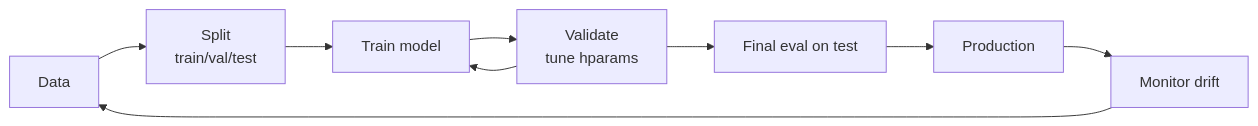
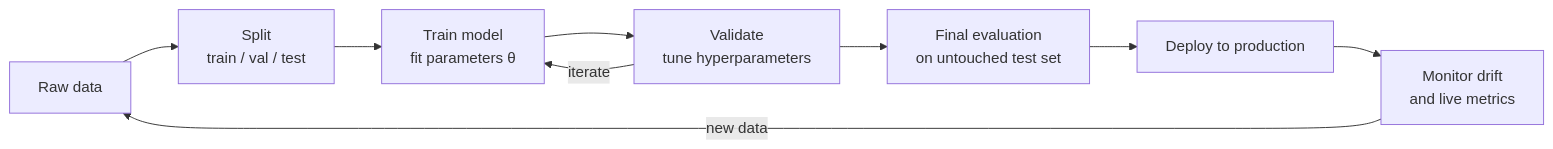
Before and after one commit to ABHIRAM3007/itp: the first of 3 diagrams in roadmap/phase-1-classical-ml/01-ml-fundamentals.md, drawn with Mermaid. The commit also changed other lines of this file and 23 other files, not shown here.

````diff
--- a/roadmap/phase-1-classical-ml/01-ml-fundamentals.md
+++ b/roadmap/phase-1-classical-ml/01-ml-fundamentals.md
@@ -106,11 +152,11 @@
 ```mermaid
 flowchart LR
-    D[Data] --> S[Split<br/>train/val/test]
-    S --> T[Train model]
-    T --> V[Validate<br/>tune hparams]
-    V --> T
-    V --> F[Final eval on test]
-    F --> P[Production]
-    P --> M[Monitor drift]
-    M --> D
+    D[Raw data] --> S[Split<br/>train / val / test]
+    S --> T[Train model<br/>fit parameters θ]
+    T --> V[Validate<br/>tune hyperparameters]
+    V -->|iterate| T
+    V --> F[Final evaluation<br/>on untouched test set]
+    F --> P[Deploy to production]
+    P --> M[Monitor drift<br/>and live metrics]
+    M -->|new data| D
 ```
````
